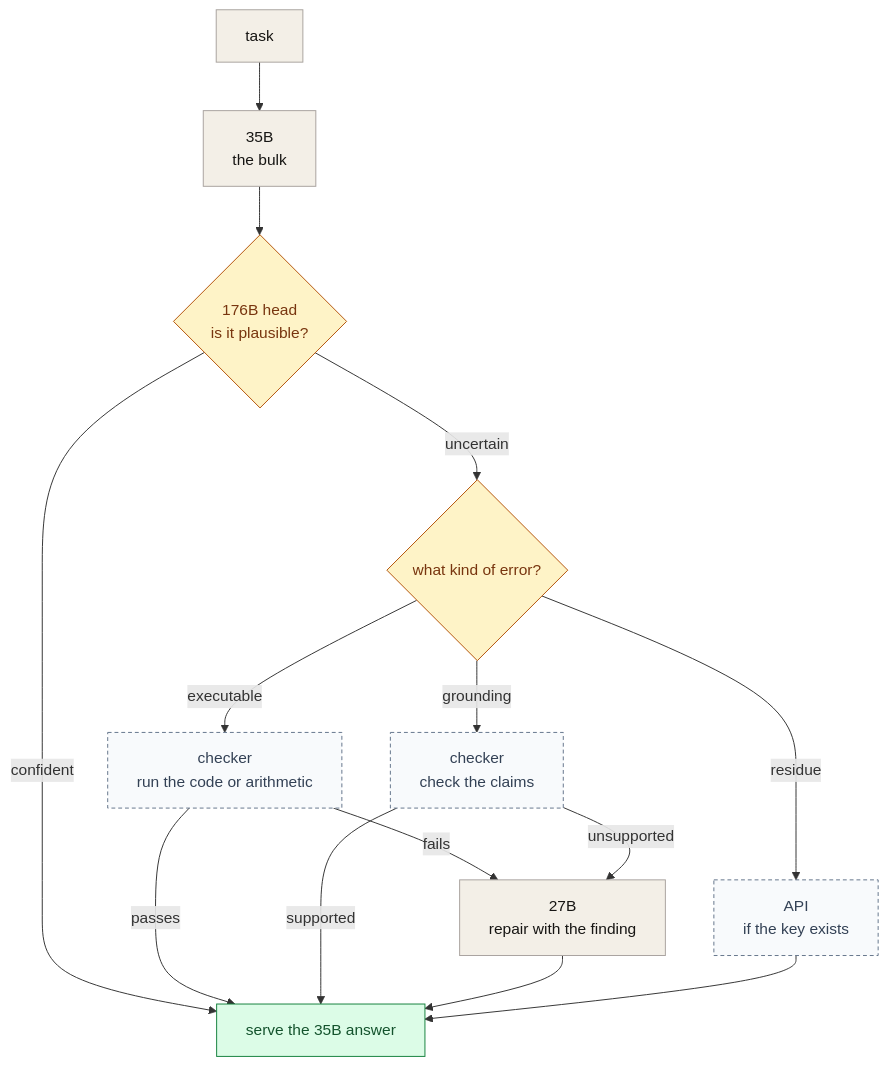
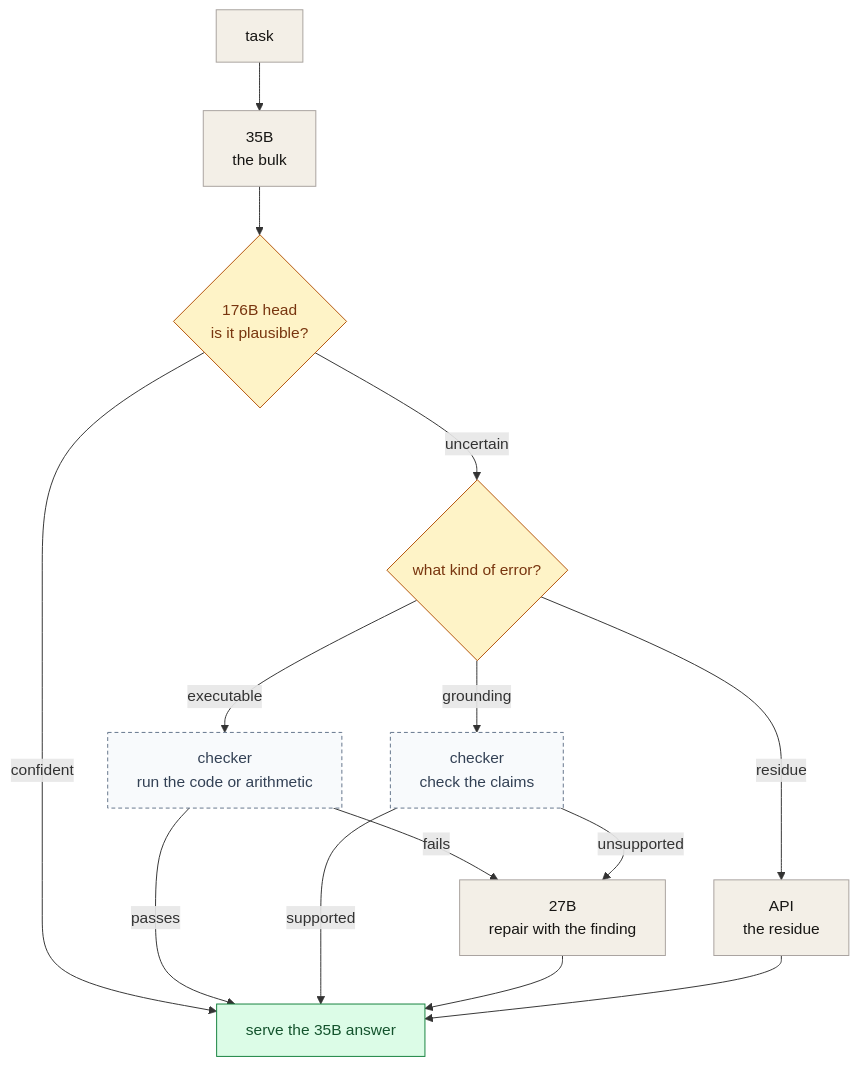
The third of 3 diagrams in cascade/CASCADE-PAPER.md (sky-is-green/hive), drawn with Mermaid before and after one commit. The commit also changed other lines of this file and 10 other files, not shown here.

````diff
--- a/cascade/CASCADE-PAPER.md
+++ b/cascade/CASCADE-PAPER.md
@@ -621,25 +623,25 @@
 ```mermaid
 flowchart TB
     task["task"] --> small["35B<br/>the bulk"]
     small --> head{"176B head<br/>is it plausible?"}
     head -->|confident| serve["serve the 35B answer"]
     head -->|uncertain| kind{"what kind of error?"}
     kind -->|executable| sandbox["checker<br/>run the code or arithmetic"]
     kind -->|grounding| ground["checker<br/>check the claims"]
-    kind -->|residue| api["API<br/>if the key exists"]
+    kind -->|residue| api["API<br/>the residue"]
     sandbox -->|fails| repair["27B<br/>repair with the finding"]
     ground -->|unsupported| repair
     sandbox -->|passes| serve
     ground -->|supported| serve
     repair --> serve
     api --> serve
 
     classDef ok fill:#dcfce7,stroke:#15803d,color:#14532d
     classDef warn fill:#fef3c7,stroke:#b45309,color:#78350f
     classDef neutral fill:#f3efe7,stroke:#a8a29e,color:#171614
     classDef design fill:#f8fafc,stroke:#64748b,stroke-dasharray:4 3,color:#334155
     class serve ok
     class head,kind warn
-    class task,small,repair neutral
-    class sandbox,ground,api design
+    class task,small,repair,api neutral
+    class sandbox,ground design
 ```
````
